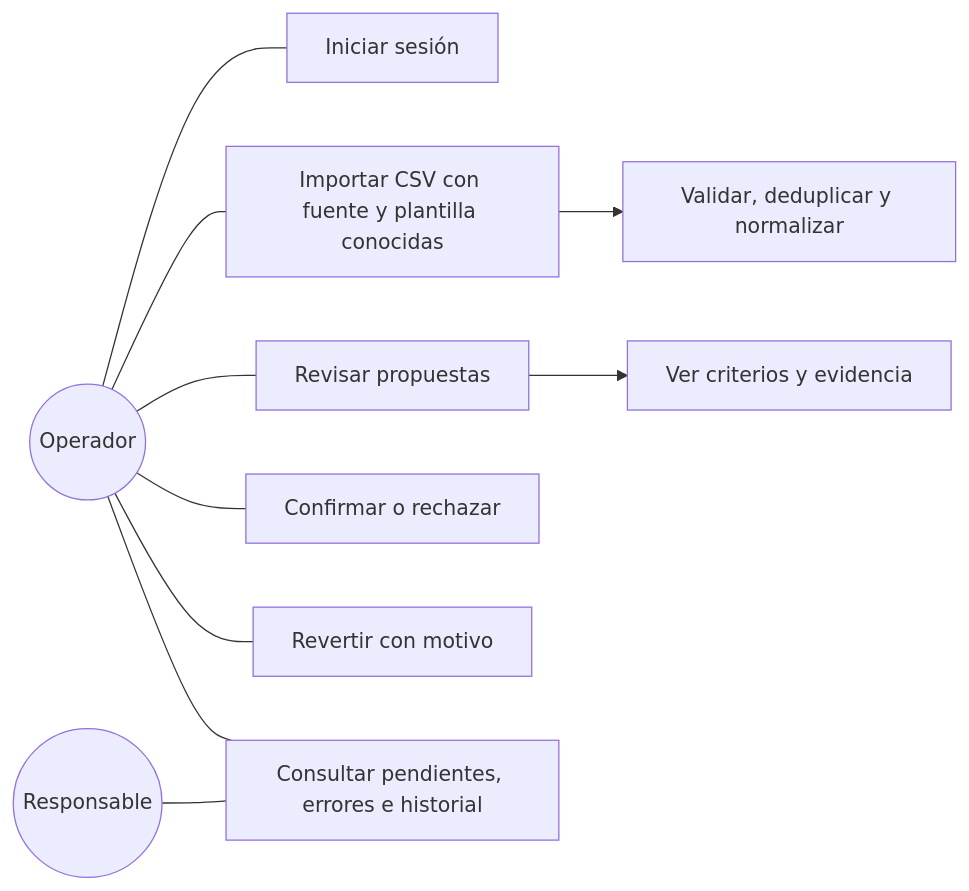
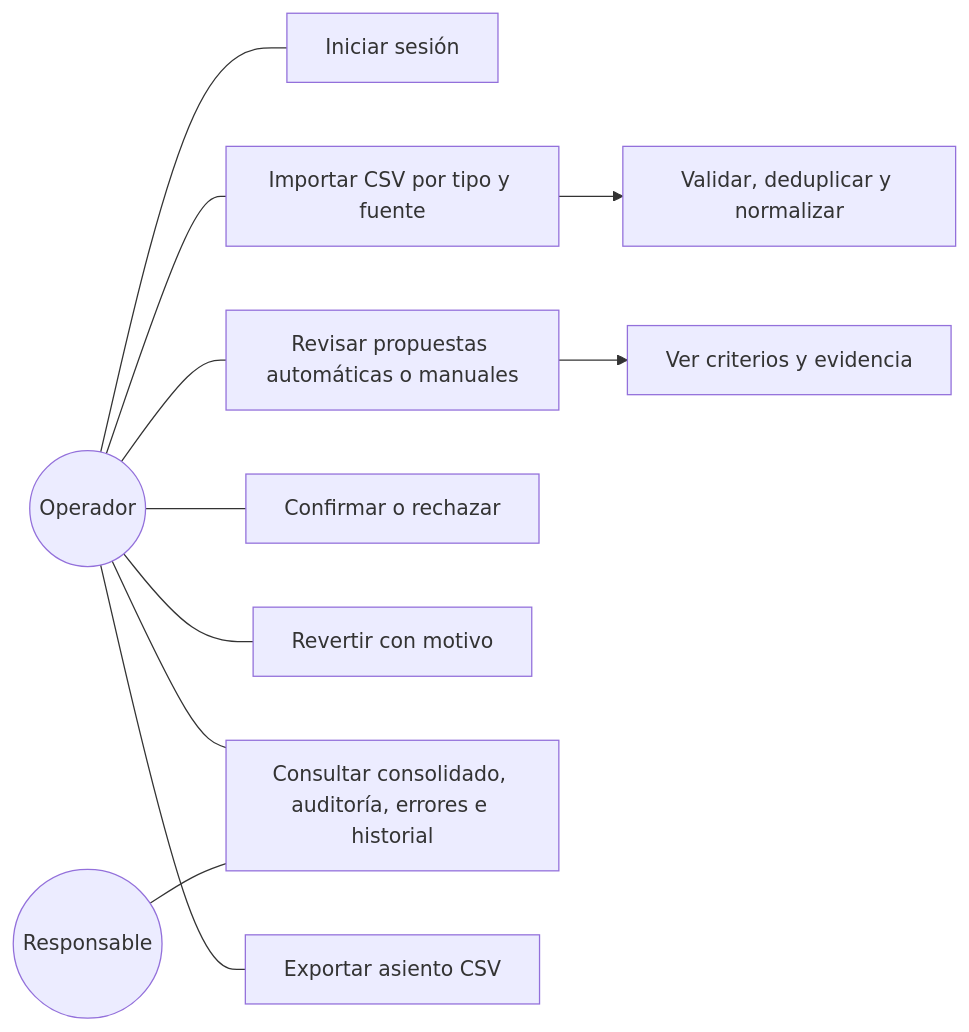
One commit to turkaym/conciliador-financiero changed the second of 8 diagrams in docs/segunda-entrega/06-diagramas.md. Above: the diagram before and after it, drawn with Mermaid. The commit also changed other lines of this file and 25 other files, not shown here.

````diff
--- a/docs/segunda-entrega/06-diagramas.md
+++ b/docs/segunda-entrega/06-diagramas.md
@@ -18,12 +18,13 @@
 ```mermaid
 flowchart LR
  O((Operador)) --- A[Iniciar sesión]
- O --- I[Importar CSV con fuente y plantilla conocidas]
- O --- P[Revisar propuestas]
+ O --- I[Importar CSV por tipo y fuente]
+ O --- P[Revisar propuestas automáticas o manuales]
  O --- D[Confirmar o rechazar]
  O --- V[Revertir con motivo]
- O --- Q[Consultar pendientes, errores e historial]
+ O --- Q[Consultar consolidado, auditoría, errores e historial]
+ O --- E[Exportar asiento CSV]
  R((Responsable)) --- Q
  I --> N[Validar, deduplicar y normalizar]
  P --> G[Ver criterios y evidencia]
 ```
````
